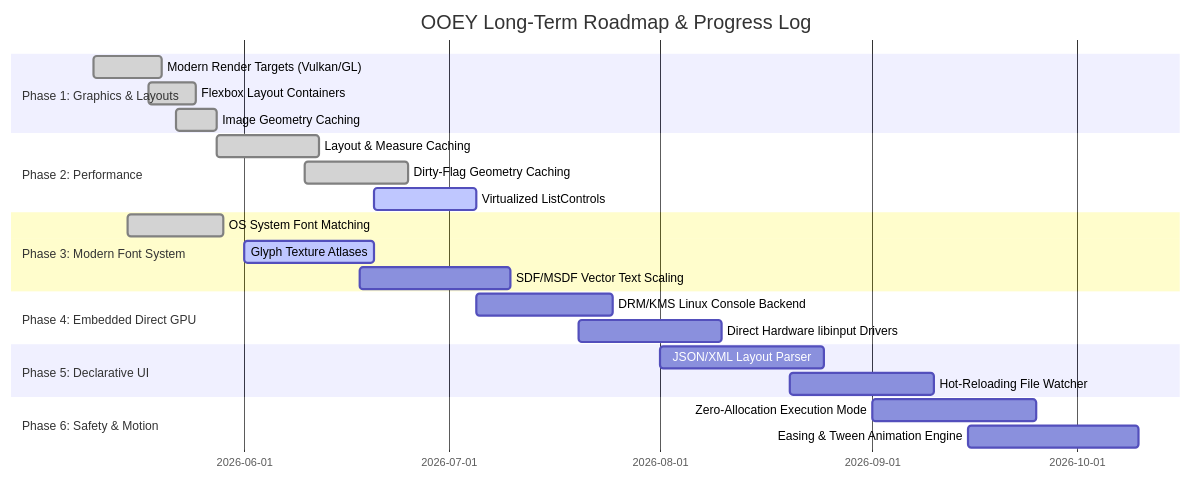
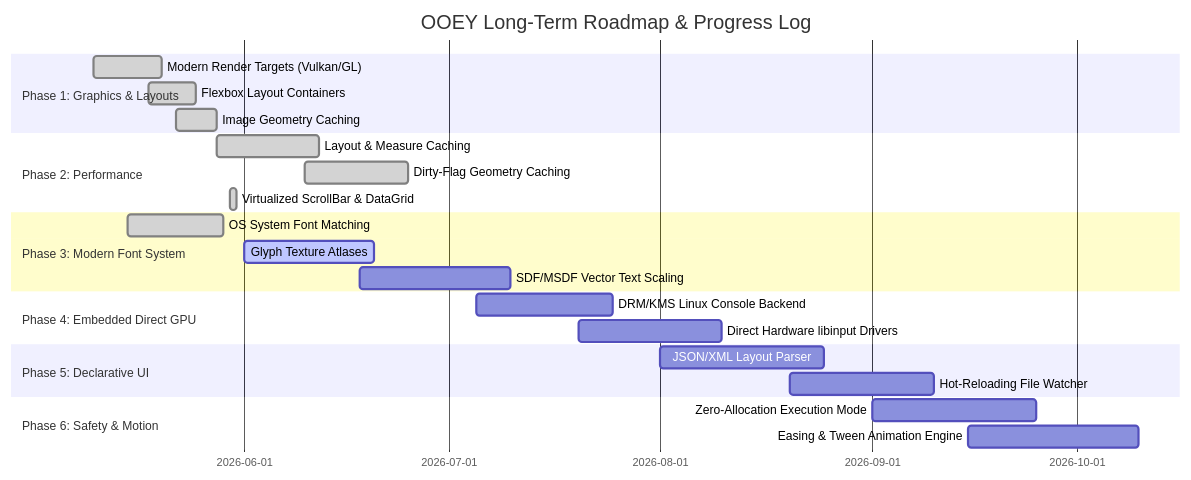
One commit to Corey255A1/ooey changed the diagram in docs/09-architectural-analysis-and-technical-roadmap.md. Above: the diagram before and after it, drawn with Mermaid. The commit also changed other lines of this file and 9 other files, not shown here.

Commit message:
datagrid first pass with scroll bar

````diff
--- a/docs/09-architectural-analysis-and-technical-roadmap.md
+++ b/docs/09-architectural-analysis-and-technical-roadmap.md
@@ -109,26 +113,26 @@
 ```mermaid
 gantt
     title OOEY Long-Term Roadmap & Progress Log
     dateFormat  YYYY-MM-DD
     section Phase 1: Graphics & Layouts
     Modern Render Targets (Vulkan/GL)  :done, g1, 2026-05-10, 2026-05-20
     Flexbox Layout Containers          :done, g2, 2026-05-18, 2026-05-25
     Image Geometry Caching             :done, g3, 2026-05-22, 2026-05-28
     section Phase 2: Performance
     Layout & Measure Caching           :done, p1, 2026-05-28, 2026-06-12
     Dirty-Flag Geometry Caching        :done, p2, 2026-06-10, 2026-06-25
-    Virtualized ListControls           :active, p3, 2026-06-20, 2026-07-05
+    Virtualized ScrollBar & DataGrid   :done, p3, 2026-05-30, 2026-05-31
     section Phase 3: Modern Font System
     OS System Font Matching            :done, f1, 2026-05-15, 2026-05-29
     Glyph Texture Atlases              :active, f2, 2026-06-01, 2026-06-20
     SDF/MSDF Vector Text Scaling       :f3, 2026-06-18, 2026-07-10
     section Phase 4: Embedded Direct GPU
     DRM/KMS Linux Console Backend      :e1, 2026-07-05, 2026-07-25
     Direct Hardware libinput Drivers   :e2, 2026-07-20, 2026-08-10
     section Phase 5: Declarative UI
     JSON/XML Layout Parser             :l1, 2026-08-01, 2026-08-25
     Hot-Reloading File Watcher         :l2, 2026-08-20, 2026-09-10
     section Phase 6: Safety & Motion
     Zero-Allocation Execution Mode     :s1, 2026-09-01, 2026-09-25
     Easing & Tween Animation Engine    :s2, 2026-09-15, 2026-10-10
 ```
````
